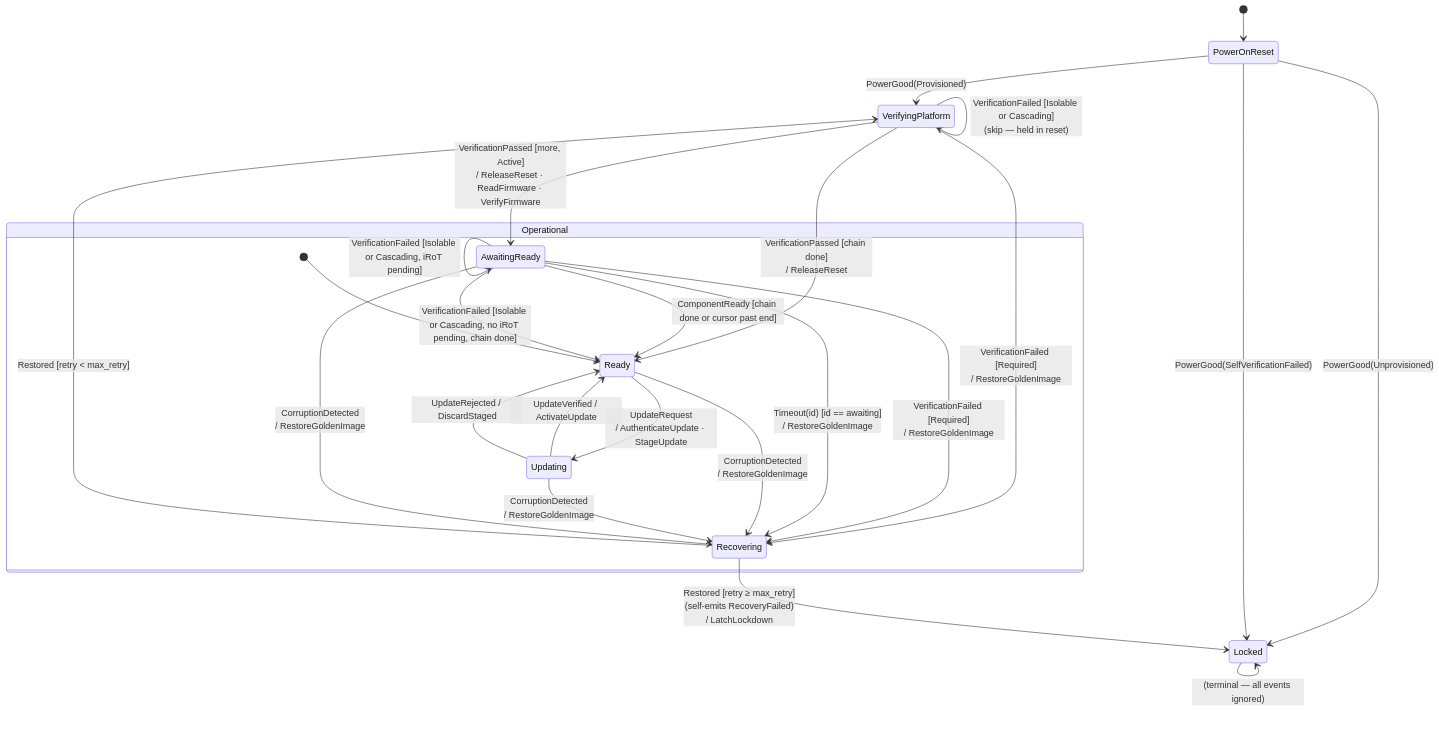
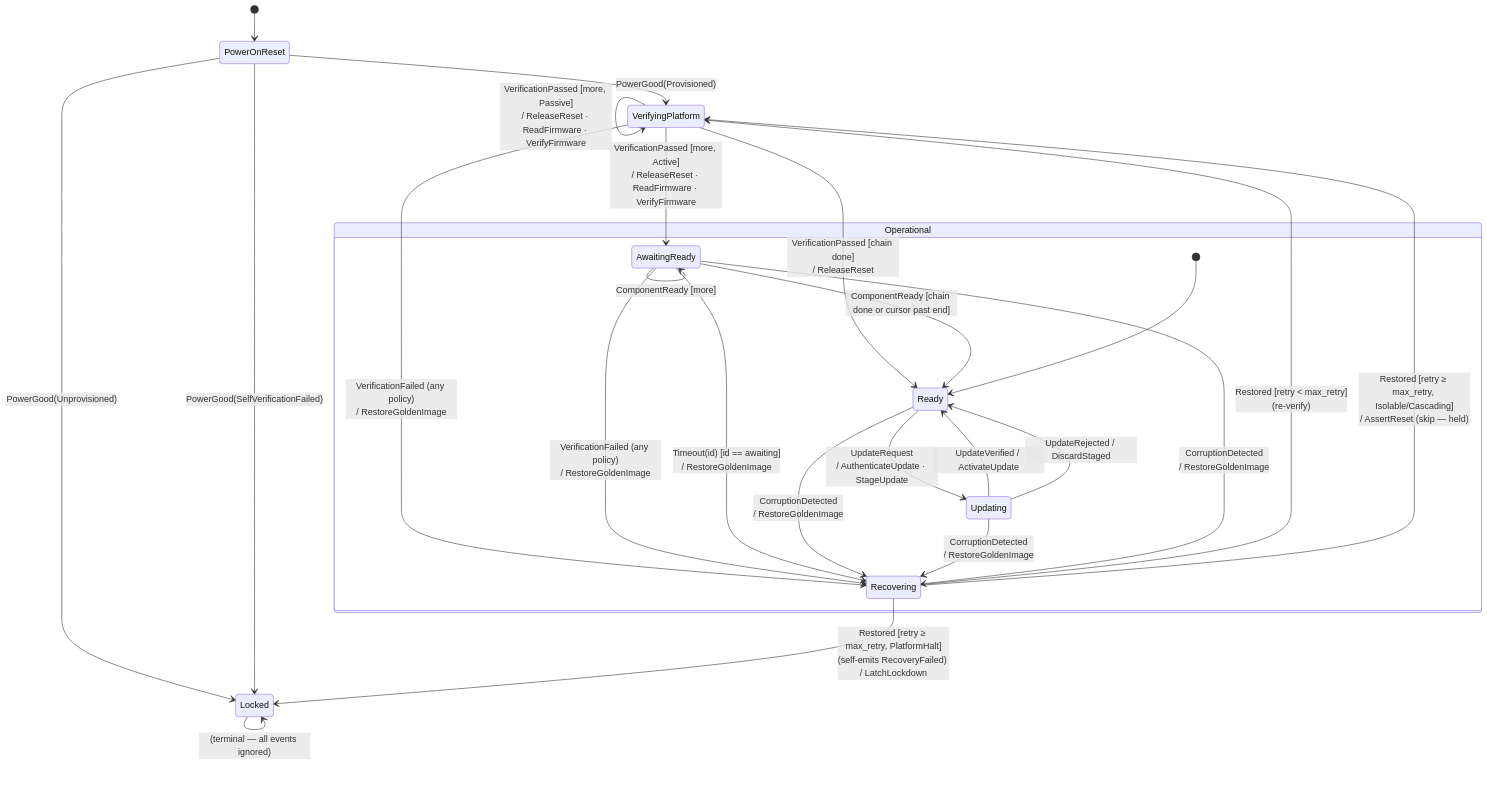
The diagram in docs/src/design/orchestrator/orchestrator-machine.md (rusty1968/openprot), drawn with Mermaid before and after one commit. The commit also changed other lines of this file and 3 other files, not shown here.

````diff
--- a/docs/src/design/orchestrator/orchestrator-machine.md
+++ b/docs/src/design/orchestrator/orchestrator-machine.md
@@ -7,36 +7,34 @@
 ```mermaid
 stateDiagram-v2
     [*] --> PowerOnReset
 
     PowerOnReset --> VerifyingPlatform : PowerGood(Provisioned)
     PowerOnReset --> Locked             : PowerGood(Unprovisioned)
     PowerOnReset --> Locked             : PowerGood(SelfVerificationFailed)
 
     VerifyingPlatform --> VerifyingPlatform : VerificationPassed [more, Passive]<br/>/ ReleaseReset · ReadFirmware · VerifyFirmware
     VerifyingPlatform --> AwaitingReady     : VerificationPassed [more, Active]<br/>/ ReleaseReset · ReadFirmware · VerifyFirmware
     VerifyingPlatform --> Ready             : VerificationPassed [chain done]<br/>/ ReleaseReset
-    VerifyingPlatform --> VerifyingPlatform : VerificationFailed [Isolable or Cascading]<br/>(skip — held in reset)
-    VerifyingPlatform --> Recovering        : VerificationFailed [Required]<br/>/ RestoreGoldenImage
+    VerifyingPlatform --> Recovering        : VerificationFailed (any policy)<br/>/ RestoreGoldenImage
 
     AwaitingReady --> AwaitingReady : VerificationPassed [more]<br/>/ ReleaseReset · ReadFirmware · VerifyFirmware
     AwaitingReady --> Ready         : ComponentReady [chain done or cursor past end]
     AwaitingReady --> AwaitingReady : ComponentReady [more]
-    AwaitingReady --> AwaitingReady : VerificationFailed [Isolable or Cascading, iRoT pending]
-    AwaitingReady --> Ready         : VerificationFailed [Isolable or Cascading, no iRoT pending, chain done]
-    AwaitingReady --> Recovering    : VerificationFailed [Required]<br/>/ RestoreGoldenImage
+    AwaitingReady --> Recovering    : VerificationFailed (any policy)<br/>/ RestoreGoldenImage
     AwaitingReady --> Recovering    : Timeout(id) [id == awaiting]<br/>/ RestoreGoldenImage
 
     state Operational {
         [*]           --> Ready
         Ready         --> Updating      : UpdateRequest<br/>/ AuthenticateUpdate · StageUpdate
         Updating      --> Ready         : UpdateVerified / ActivateUpdate
         Updating      --> Ready         : UpdateRejected / DiscardStaged
         Ready         --> Recovering    : CorruptionDetected<br/>/ RestoreGoldenImage
         Updating      --> Recovering    : CorruptionDetected<br/>/ RestoreGoldenImage
         AwaitingReady --> Recovering    : CorruptionDetected<br/>/ RestoreGoldenImage
     }
 
-    Recovering --> VerifyingPlatform : Restored [retry < max_retry]
-    Recovering --> Locked    : Restored [retry ≥ max_retry]<br/>(self-emits RecoveryFailed)<br/>/ LatchLockdown
+    Recovering --> VerifyingPlatform : Restored [retry < max_retry]<br/>(re-verify)
+    Recovering --> VerifyingPlatform : Restored [retry ≥ max_retry, Isolable/Cascading]<br/>/ AssertReset (skip — held)
+    Recovering --> Locked    : Restored [retry ≥ max_retry, PlatformHalt]<br/>(self-emits RecoveryFailed) / LatchLockdown
     Locked     --> Locked    : (terminal — all events ignored)
 ```
````
